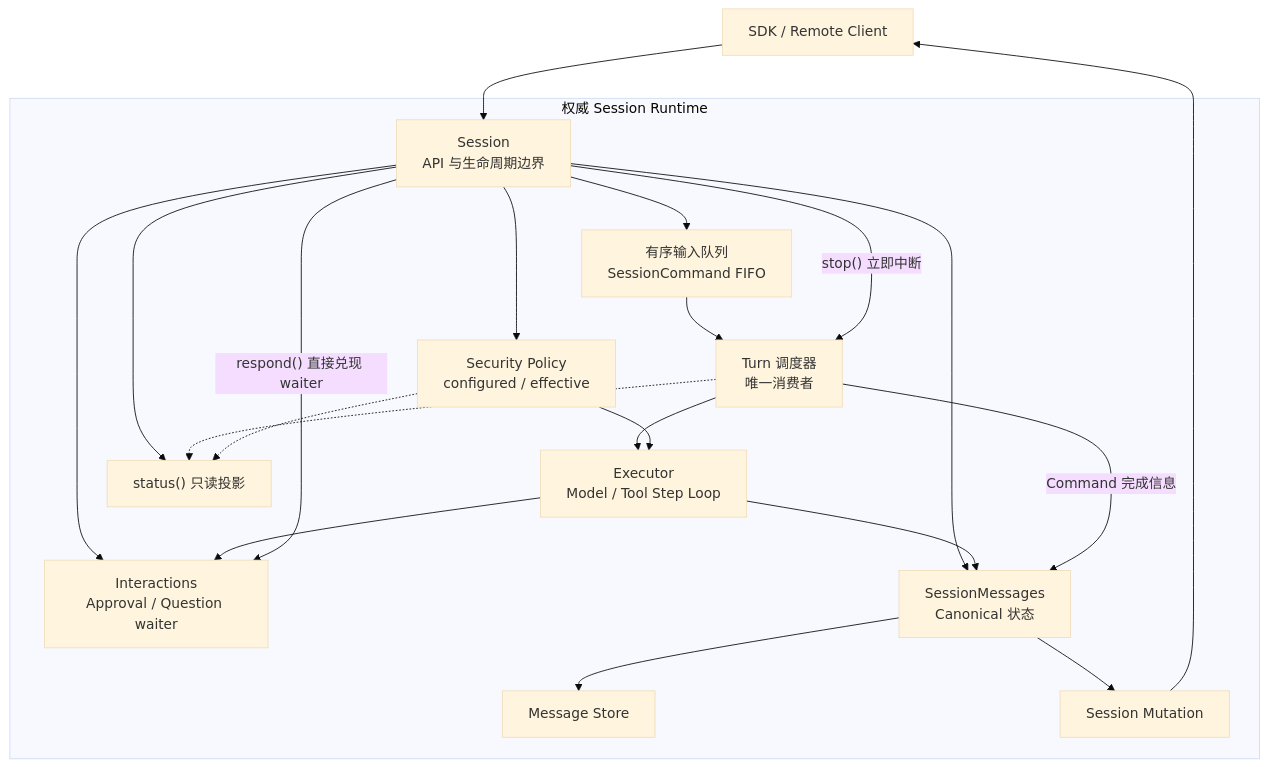
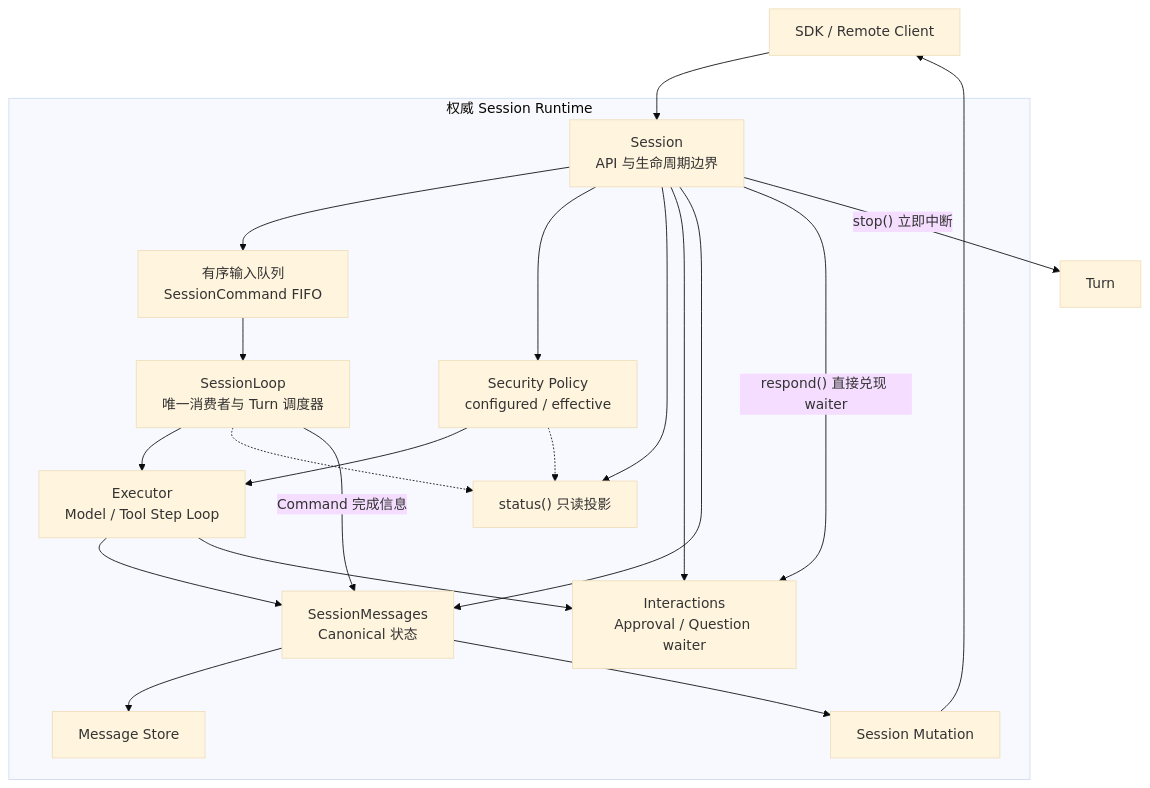
The diagram in homepage/content/agent-sdk-docs/zh/sessions/overview.mdx (genesiscosmos/downcity), drawn with Mermaid (base theme) before and after one commit. The commit also changed 119 other files, not shown here.

````diff
--- a/homepage/content/agent-sdk-docs/zh/sessions/overview.mdx
+++ b/homepage/content/agent-sdk-docs/zh/sessions/overview.mdx
@@ -78,28 +78,28 @@
 ```mermaid
 flowchart TB
     App["SDK / Remote Client"] --> Session["Session<br/>API 与生命周期边界"]
 
     subgraph Runtime["权威 Session Runtime"]
         Session --> Queue["有序输入队列<br/>SessionCommand FIFO"]
-        Queue --> Turn["Turn 调度器<br/>唯一消费者"]
-        Turn --> Executor["Executor<br/>Model / Tool Step Loop"]
+        Queue --> Loop["SessionLoop<br/>唯一消费者与 Turn 调度器"]
+        Loop --> Executor["Executor<br/>Model / Tool Step Loop"]
         Session --> Security["Security Policy<br/>configured / effective"]
         Security --> Executor
         Session --> Status["status() 只读投影"]
-        Turn -.-> Status
+        Loop -.-> Status
         Security -.-> Status
 
         Session --> Interactions["Interactions<br/>Approval / Question waiter"]
         Session --> Messages["SessionMessages<br/>Canonical 状态"]
         Executor --> Messages
         Executor --> Interactions
 
-        Turn -->|"Command 完成信息"| Messages
+        Loop -->|"Command 完成信息"| Messages
         Messages --> Store["Message Store"]
         Messages --> Events["Session Mutation"]
     end
 
     Session -->|"respond() 直接兑现 waiter"| Interactions
     Session -->|"stop() 立即中断"| Turn
     Events --> App
 ```
````
